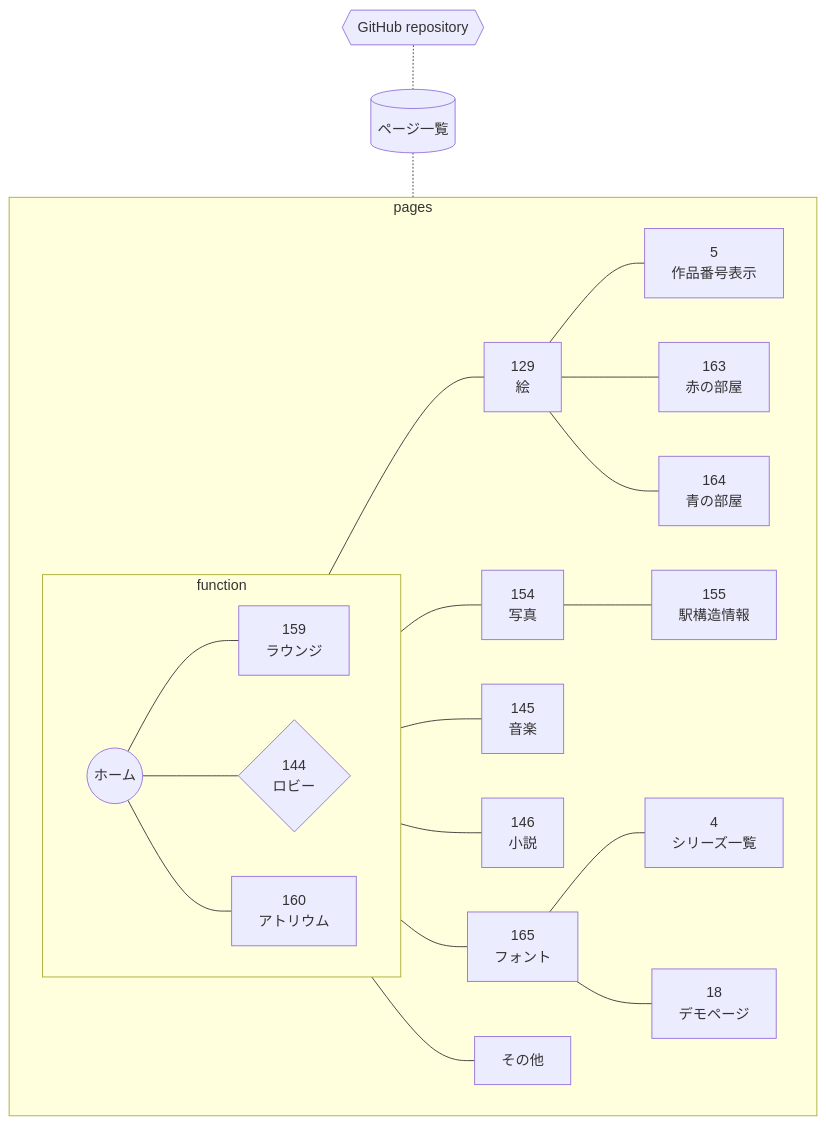
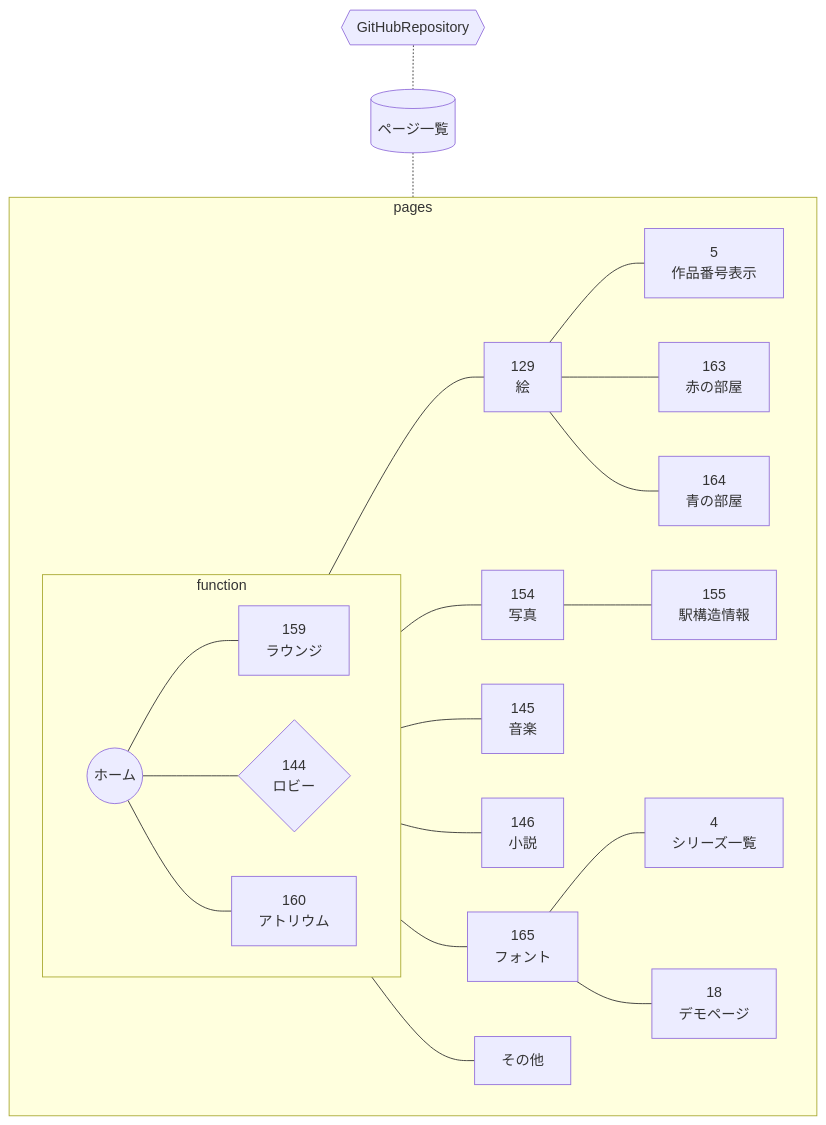
Before and after one commit to Mikanixonable/Mikanixonable.github.io: the diagram in index.md, drawn with Mermaid. The commit also changed other lines of this file and 1 other file, not shown here.

```diff
--- a/index.md
+++ b/index.md
@@ -28,67 +28,67 @@
 ~~~mermaid
 graph TD;
   D[(ページ一覧)]
   click D "1"
   D .- pages
 
-  G{{GitHub repository}}
+  G{{GitHubRepository}}
   click G "https://github.com/Mikanixonable/Mikanixonable.github.io"
 
   G .- D
 
   subgraph pages;
   direction LR
     subgraph function;
     direction LR
     I((ホーム))
     L{144\nロビー}
     click L "144"
     R[159\nラウンジ]
     click R "159"
     A[160\nアトリウム]
     click A "160"
   end
 
     E[129\n絵]
     click E "129"
     S[154\n写真]
     click S "154"
     M[145\n音楽]
     click M "145"
     N[146\n小説]
     click N "146"
 
     E --- E1
       E1[5\n作品番号表示]
       click E1 "5"
     E ---E163
       E163[163\n赤の部屋]
       click E163 "163"
     E ---E164
       E164[164\n青の部屋]
       click E164 "164"
     
     S --- S1
     S1[155\n駅構造情報]
     click S1 "155"
 
 
     I---R
     I---L
     I---A
 
     L---E
     L---S
     L---M
     L---N
     L---F
     F[165\nフォント]
     click F "165"
     F---F1[4\nシリーズ一覧]
     click F1 "4"
     F---F2[18\nデモページ]
     click F2 "18"
 
     L---その他
   end
 ~~~
```
